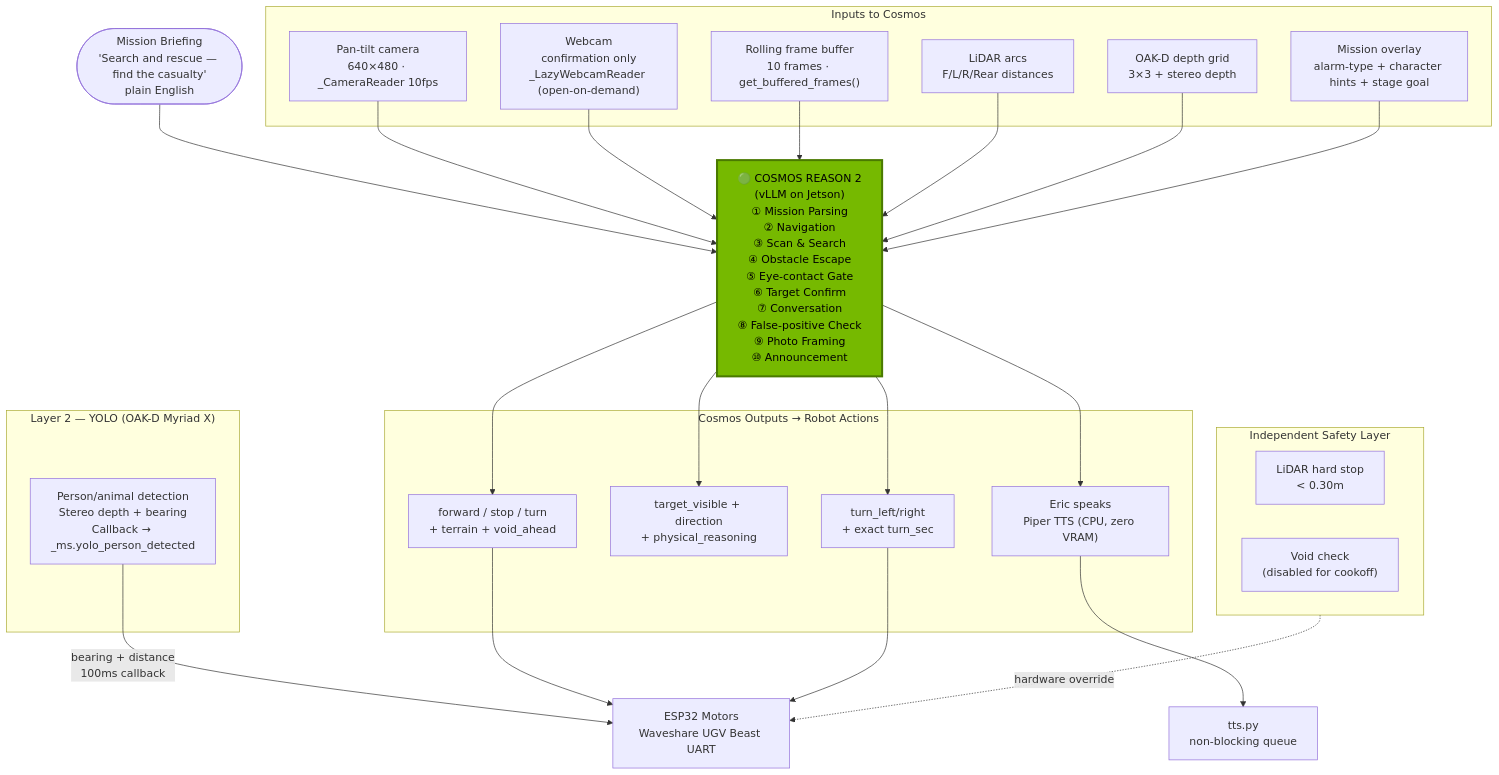
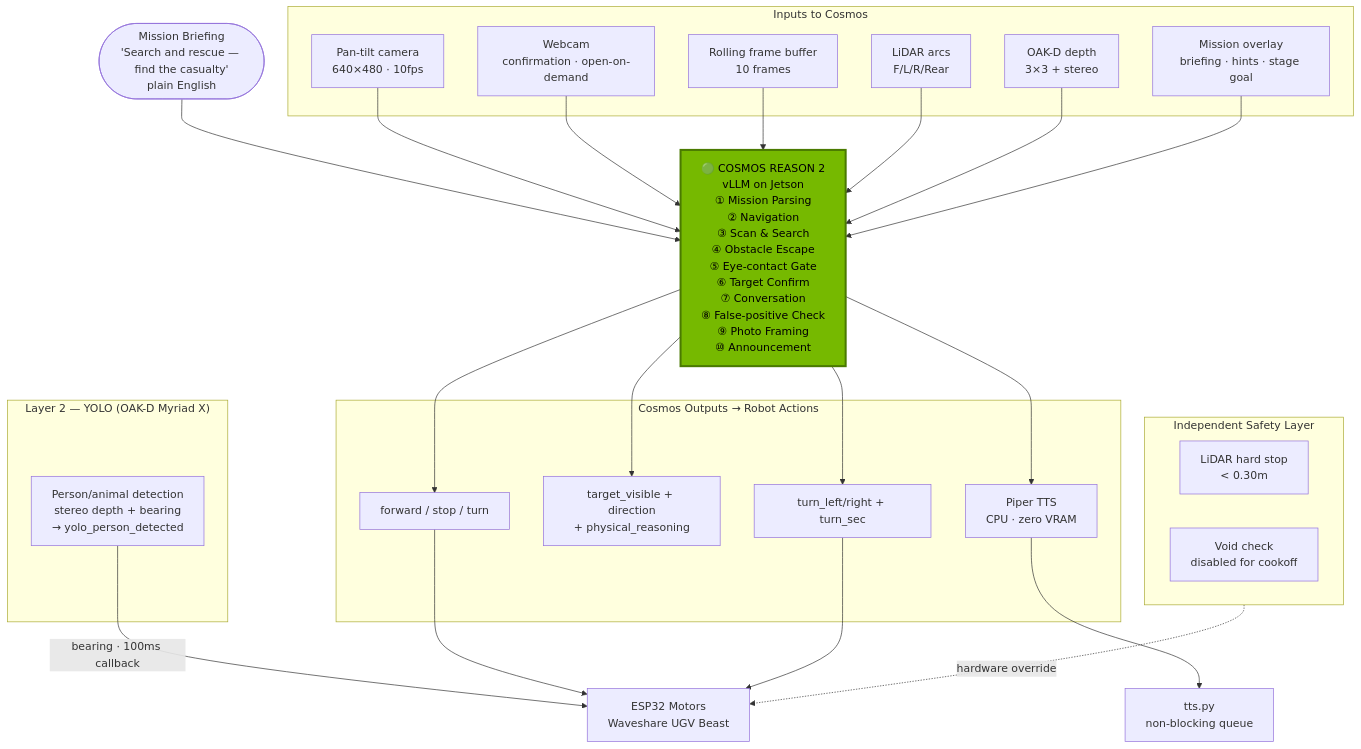
The diagram in README.md (OppaAI/eric), drawn with Mermaid before and after one commit.

Commit message:
Update README.md - update flow diagram

````diff
--- a/README.md
+++ b/README.md
@@ -57,53 +57,68 @@
 ```mermaid
 flowchart TD
-    BRIEFING(["Mission Briefing\n'Search and rescue — find the casualty'\nplain English"])
+    BRIEFING(["Mission Briefing
+'Search and rescue — find the casualty'
+plain English"])
 
     COSMOS["🟢 COSMOS REASON 2
-(vLLM on Jetson)
+vLLM on Jetson
 ① Mission Parsing
 ② Navigation
 ③ Scan & Search
 ④ Obstacle Escape
 ⑤ Eye-contact Gate
 ⑥ Target Confirm
 ⑦ Conversation
 ⑧ False-positive Check
 ⑨ Photo Framing
 ⑩ Announcement"]
 
     style COSMOS fill:#76b900,color:#000,stroke:#4a7a00,stroke-width:3px
 
     subgraph INPUTS["Inputs to Cosmos"]
-        CAM["Pan-tilt camera\n640×480 · _CameraReader 10fps"]
-        WC["Webcam\nconfirmation only\n_LazyWebcamReader (open-on-demand)"]
-        BUF["Rolling frame buffer\n10 frames · get_buffered_frames()"]
-        LIDAR["LiDAR arcs\nF/L/R/Rear distances"]
-        OAKD["OAK-D depth grid\n3×3 + stereo depth"]
-        OVERLAY["Mission overlay\nalarm-type + character hints + stage goal"]
+        CAM["Pan-tilt camera
+640×480 · 10fps"]
+        WC["Webcam
+confirmation · open-on-demand"]
+        BUF["Rolling frame buffer
+10 frames"]
+        LIDAR["LiDAR arcs
+F/L/R/Rear"]
+        OAKD["OAK-D depth
+3×3 + stereo"]
+        OVERLAY["Mission overlay
+briefing · hints · stage goal"]
     end
 
     subgraph LAYER2["Layer 2 — YOLO (OAK-D Myriad X)"]
-        YOLO["Person/animal detection\nStereo depth + bearing\nCallback → _ms.yolo_person_detected"]
+        YOLO["Person/animal detection
+stereo depth + bearing
+→ yolo_person_detected"]
     end
 
     subgraph OUTPUTS["Cosmos Outputs → Robot Actions"]
-        NAV["forward / stop / turn\n+ terrain + void_ahead"]
-        TARGET["target_visible + direction\n+ physical_reasoning"]
-        ESCAPE["turn_left/right\n+ exact turn_sec"]
-        SPEECH["Eric speaks\nPiper TTS (CPU, zero VRAM)"]
+        NAV["forward / stop / turn"]
+        TARGET["target_visible + direction
++ physical_reasoning"]
+        ESCAPE["turn_left/right + turn_sec"]
+        SPEECH["Piper TTS
+CPU · zero VRAM"]
     end
 
     subgraph SAFETY["Independent Safety Layer"]
-        LIDAR_S["LiDAR hard stop\n< 0.30m"]
-        VOID["Void check\n(disabled for cookoff)"]
+        LIDAR_S["LiDAR hard stop
+< 0.30m"]
+        VOID["Void check
+disabled for cookoff"]
     end
 
     BRIEFING --> COSMOS
     CAM & WC & BUF & LIDAR & OAKD & OVERLAY --> COSMOS
     COSMOS --> NAV & TARGET & ESCAPE & SPEECH
-    YOLO -->|"bearing + distance\n100ms callback"| MOTORS
+    YOLO -->|"bearing · 100ms callback"| MOTORS
     SAFETY -.->|"hardware override"| MOTORS
-
-    NAV & ESCAPE --> MOTORS["ESP32 Motors\nWaveshare UGV Beast UART"]
-    SPEECH --> TTS["tts.py\nnon-blocking queue"]
+    NAV & ESCAPE --> MOTORS["ESP32 Motors
+Waveshare UGV Beast"]
+    SPEECH --> TTS["tts.py
+non-blocking queue"]
 ```
````
